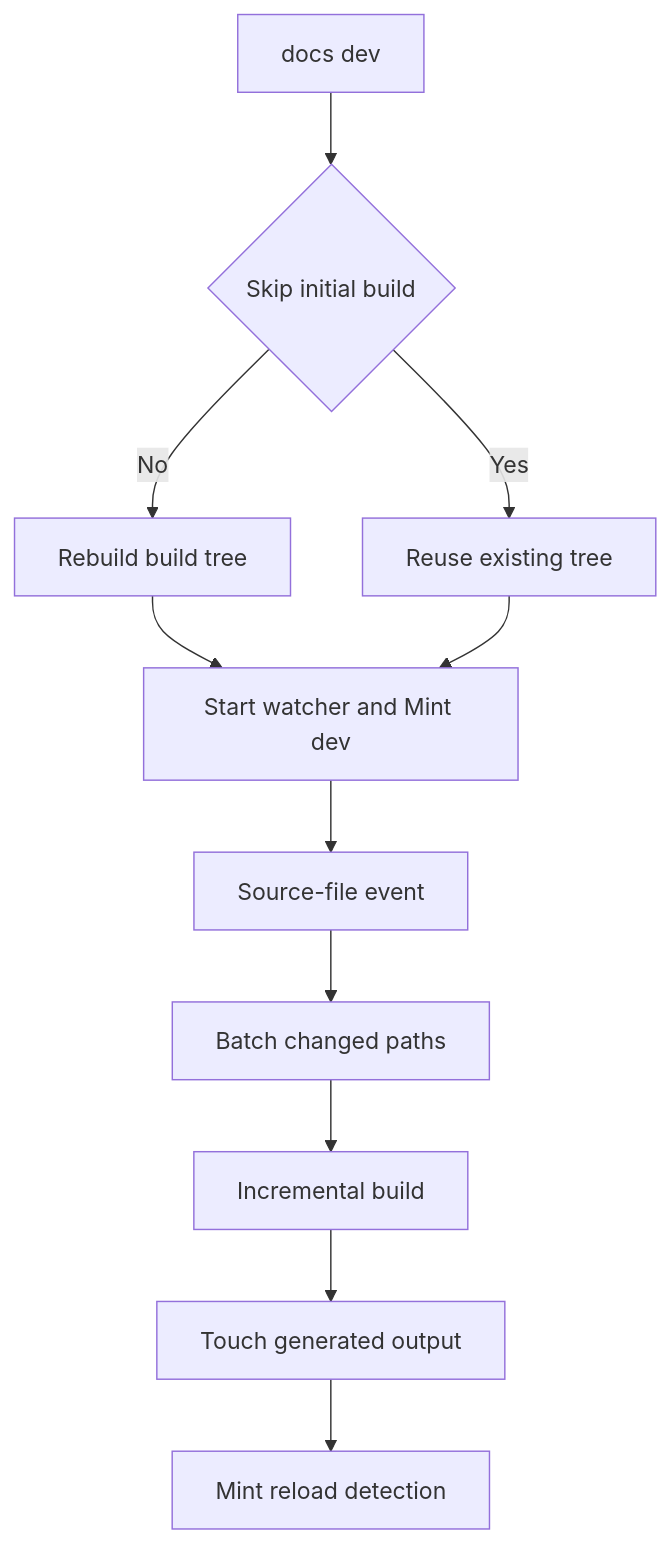
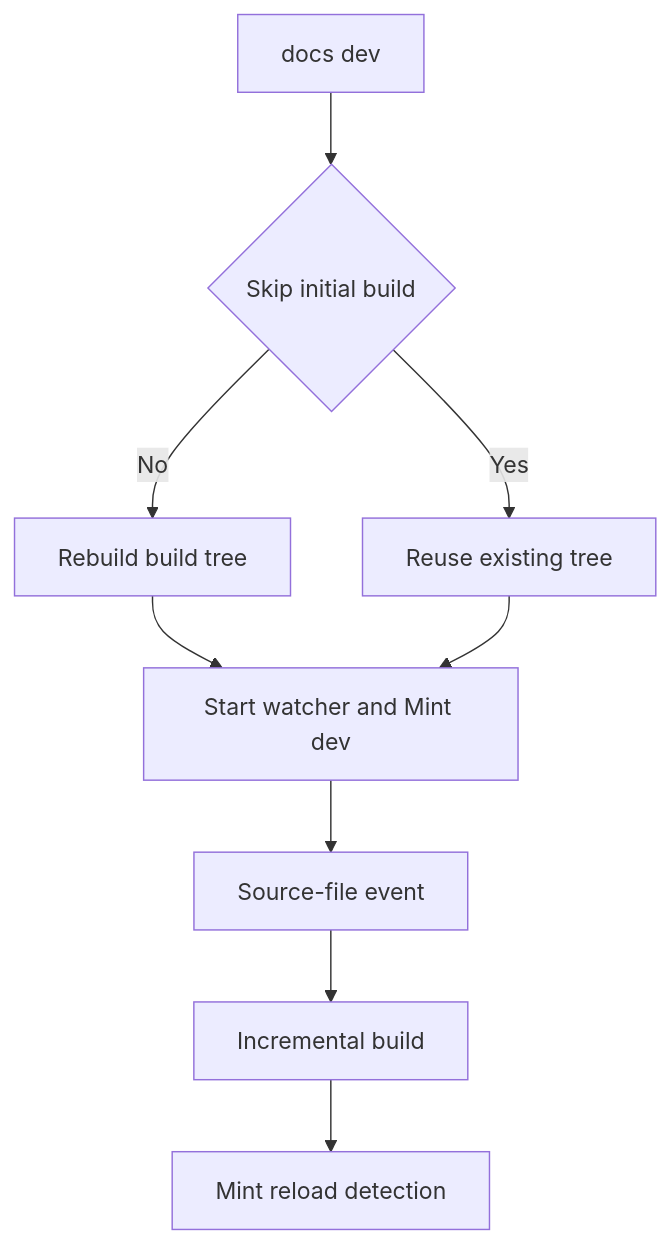
The first of 2 diagrams in openwiki/operations/cli-tools.md (rishi-raj-jain/docs-1), drawn with Mermaid before and after one commit. The commit also changed other lines of this file and 50 other files, not shown here.

````diff
--- a/openwiki/operations/cli-tools.md
+++ b/openwiki/operations/cli-tools.md
@@ -84,13 +89,11 @@
 ```mermaid
 flowchart TD
   Start["docs dev"] --> Choice{"Skip initial build"}
   Choice -->|"No"| Full["Rebuild build tree"]
   Choice -->|"Yes"| Reuse["Reuse existing tree"]
   Full --> Services["Start watcher and Mint dev"]
   Reuse --> Services
   Services --> Event["Source-file event"]
-  Event --> Batch["Batch changed paths"]
-  Batch --> Incremental["Incremental build"]
-  Incremental --> Touch["Touch generated output"]
-  Touch --> Reload["Mint reload detection"]
+  Event --> Incremental["Incremental build"]
+  Incremental --> Reload["Mint reload detection"]
 ```
````
